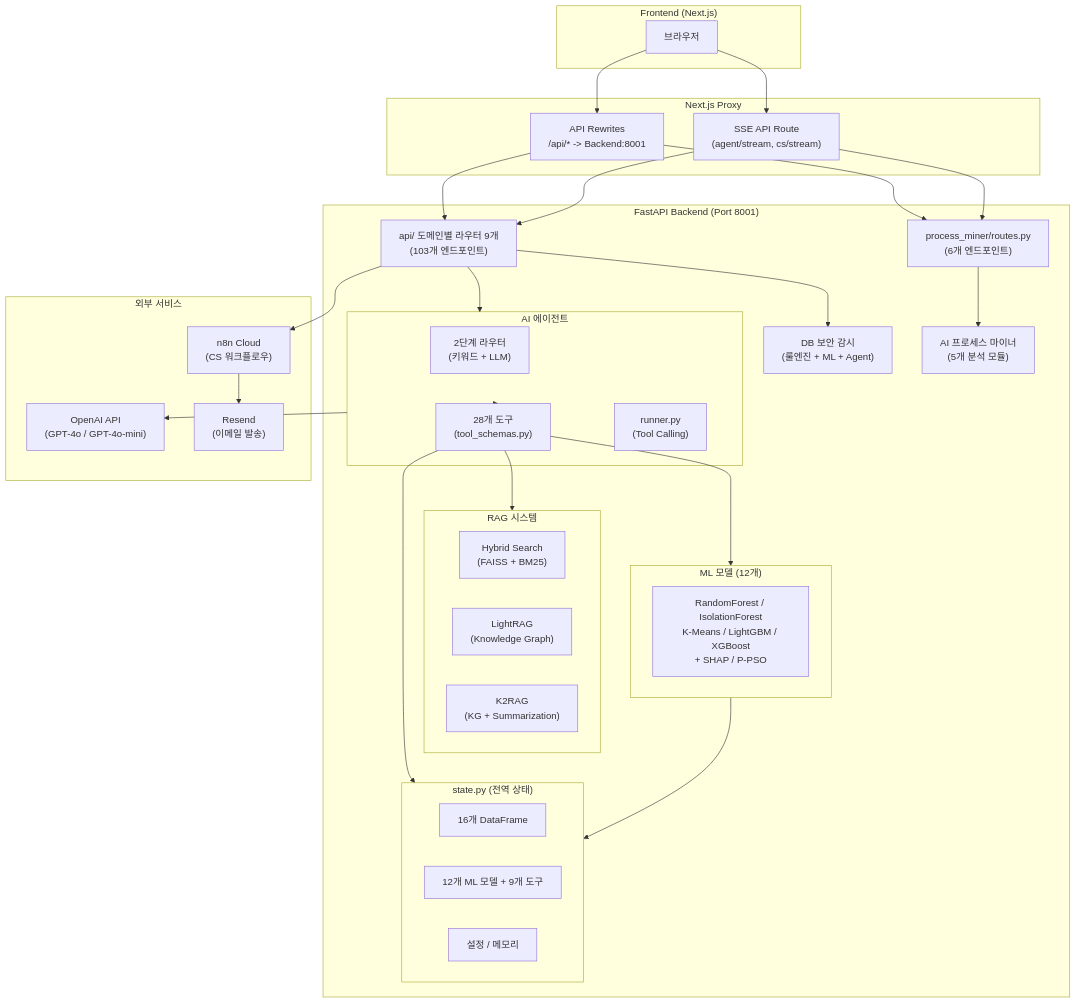
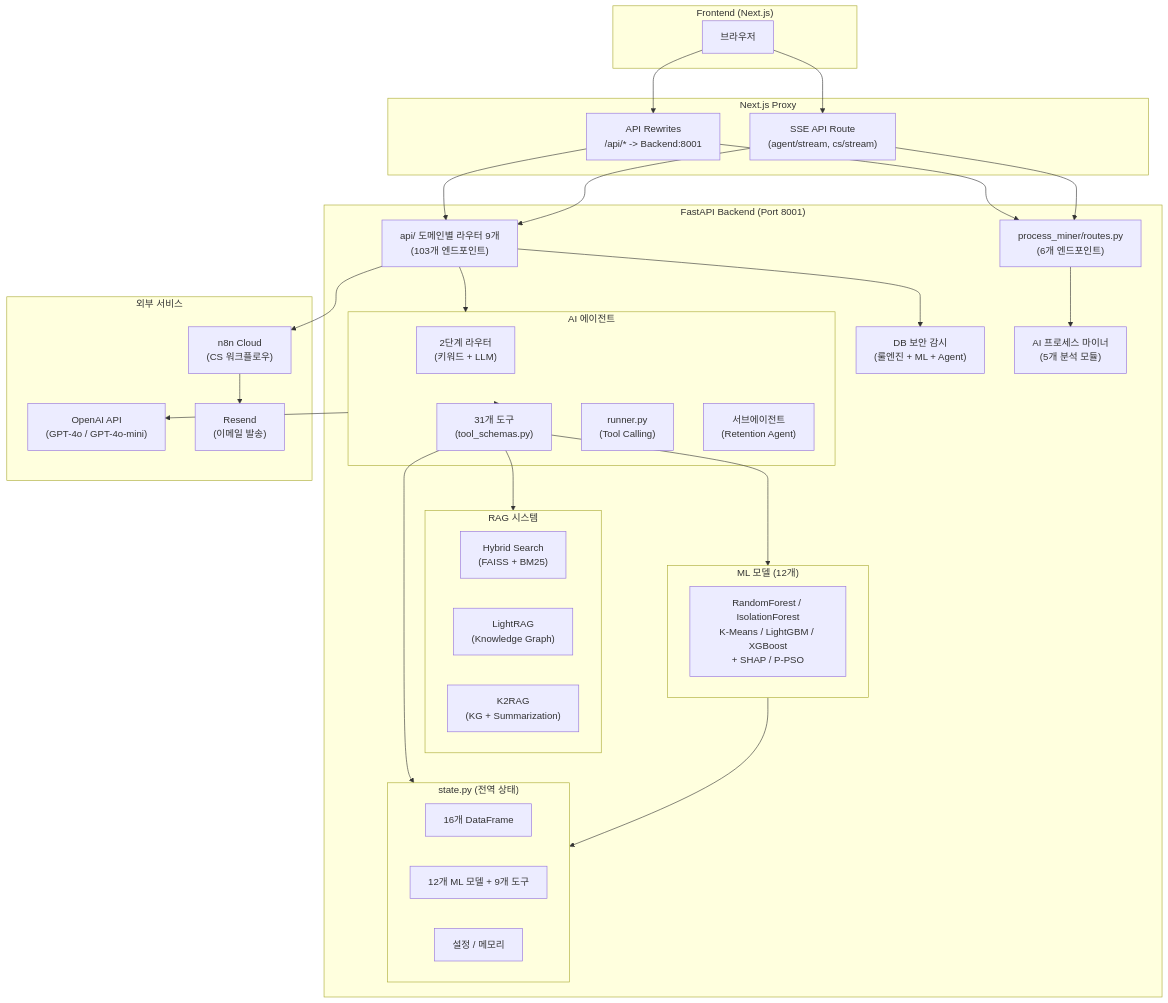
The first of 27 diagrams in backend 리팩토링 시작/README.md (ASNGG/cafe24-demo), drawn with Mermaid before and after one commit. The commit also changed other lines of this file and 10 other files, not shown here.

````diff
--- a/backend 리팩토링 시작/README.md
+++ b/backend 리팩토링 시작/README.md
@@ -54,56 +54,57 @@
 ```mermaid
 flowchart TB
     subgraph Client["Frontend (Next.js)"]
         FE["브라우저"]
     end
 
     subgraph Proxy["Next.js Proxy"]
         NP["API Rewrites<br/>/api/* -> Backend:8001"]
         SSE["SSE API Route<br/>(agent/stream, cs/stream)"]
     end
 
     subgraph Backend["FastAPI Backend (Port 8001)"]
         ROUTES["api/ 도메인별 라우터 9개<br/>(103개 엔드포인트)"]
         PM_ROUTES["process_miner/routes.py<br/>(6개 엔드포인트)"]
 
         subgraph Agent["AI 에이전트"]
             ROUTER["2단계 라우터<br/>(키워드 + LLM)"]
-            TOOLS["28개 도구<br/>(tool_schemas.py)"]
+            TOOLS["31개 도구<br/>(tool_schemas.py)"]
             RUNNER["runner.py<br/>(Tool Calling)"]
+            SUBAGENT["서브에이전트<br/>(Retention Agent)"]
         end
 
         subgraph RAG["RAG 시스템"]
             HYBRID["Hybrid Search<br/>(FAISS + BM25)"]
             LIGHTRAG["LightRAG<br/>(Knowledge Graph)"]
             K2RAG["K2RAG<br/>(KG + Summarization)"]
         end
 
         subgraph ML["ML 모델 (12개)"]
             MODELS["RandomForest / IsolationForest<br/>K-Means / LightGBM / XGBoost<br/>+ SHAP / P-PSO"]
         end
 
         subgraph State["state.py (전역 상태)"]
             DF["16개 DataFrame"]
             MLV["12개 ML 모델 + 9개 도구"]
             CFG["설정 / 메모리"]
         end
 
         GUARDIAN["DB 보안 감시<br/>(룰엔진 + ML + Agent)"]
         MINER["AI 프로세스 마이너<br/>(5개 분석 모듈)"]
     end
 
     subgraph External["외부 서비스"]
         OPENAI["OpenAI API<br/>(GPT-4o / GPT-4o-mini)"]
         N8N["n8n Cloud<br/>(CS 워크플로우)"]
         RESEND["Resend<br/>(이메일 발송)"]
     end
 
     FE --> NP & SSE --> ROUTES & PM_ROUTES
     ROUTES --> Agent --> TOOLS --> ML & RAG
     ROUTES --> GUARDIAN
     PM_ROUTES --> MINER
     Agent --> OPENAI
     ROUTES --> N8N --> RESEND
     TOOLS --> State
     ML --> State
 ```
````
